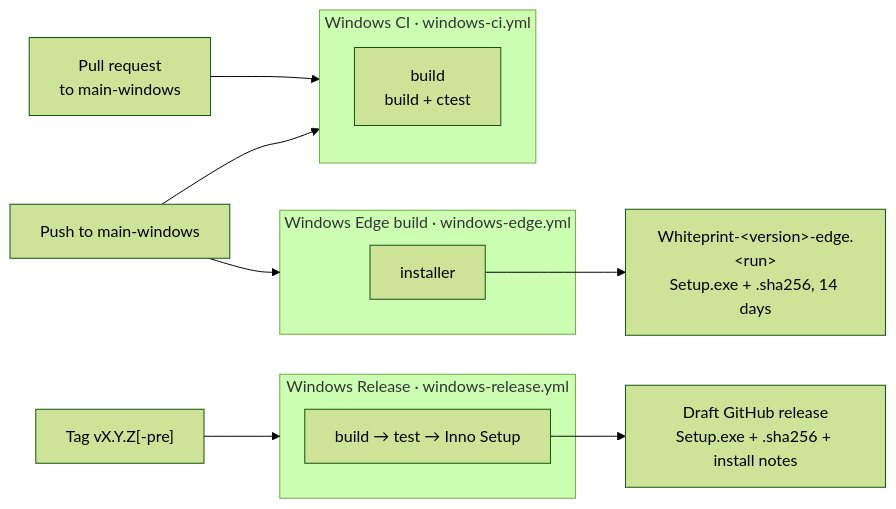
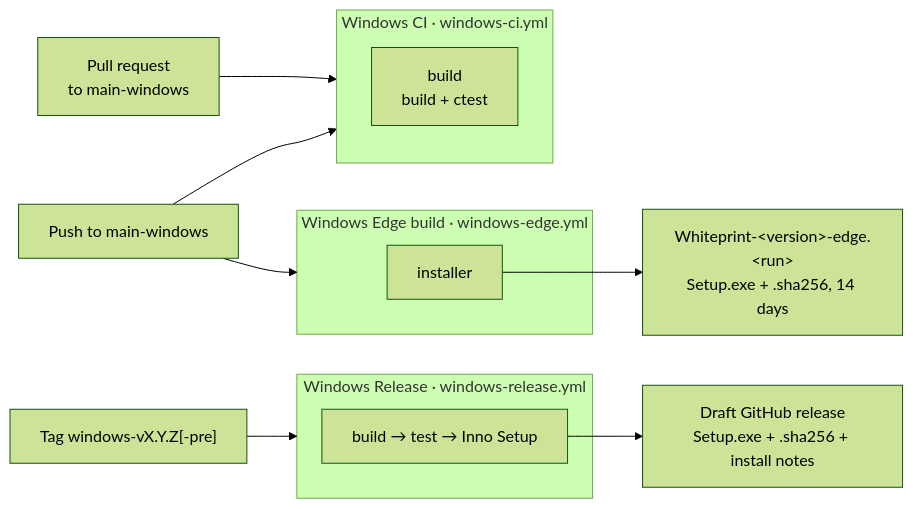
One commit to l1203012/Whiteprint changed the fourth of 4 diagrams in README.md. Above: the diagram before and after it, drawn with Mermaid (forest theme). The commit also changed other lines of this file and 3 other files, not shown here.

Commit message:
Release Windows as windows-v0.1.1, separate from the macOS tags

````diff
--- a/README.md
+++ b/README.md
@@ -538,20 +538,20 @@
 ```mermaid
 flowchart LR
     PR["Pull request<br>to main-windows"] --> CI
     Push["Push to main-windows"] --> CI & Edge
-    Tag["Tag vX.Y.Z[-pre]"] --> Release
+    Tag["Tag windows-vX.Y.Z[-pre]"] --> Release
 
     subgraph CI["Windows CI · windows-ci.yml"]
         T1["build<br>build + ctest"]
     end
 
     subgraph Edge["Windows Edge build · windows-edge.yml"]
         Inst["installer"]
     end
     Inst --> EdgeArt["Whiteprint-#lt;version#gt;-edge.#lt;run#gt;<br>Setup.exe + .sha256, 14 days"]
 
     subgraph Release["Windows Release · windows-release.yml"]
         Build["build → test → Inno Setup"]
     end
     Build --> Draft["Draft GitHub release<br>Setup.exe + .sha256 + install notes"]
 ```
````
